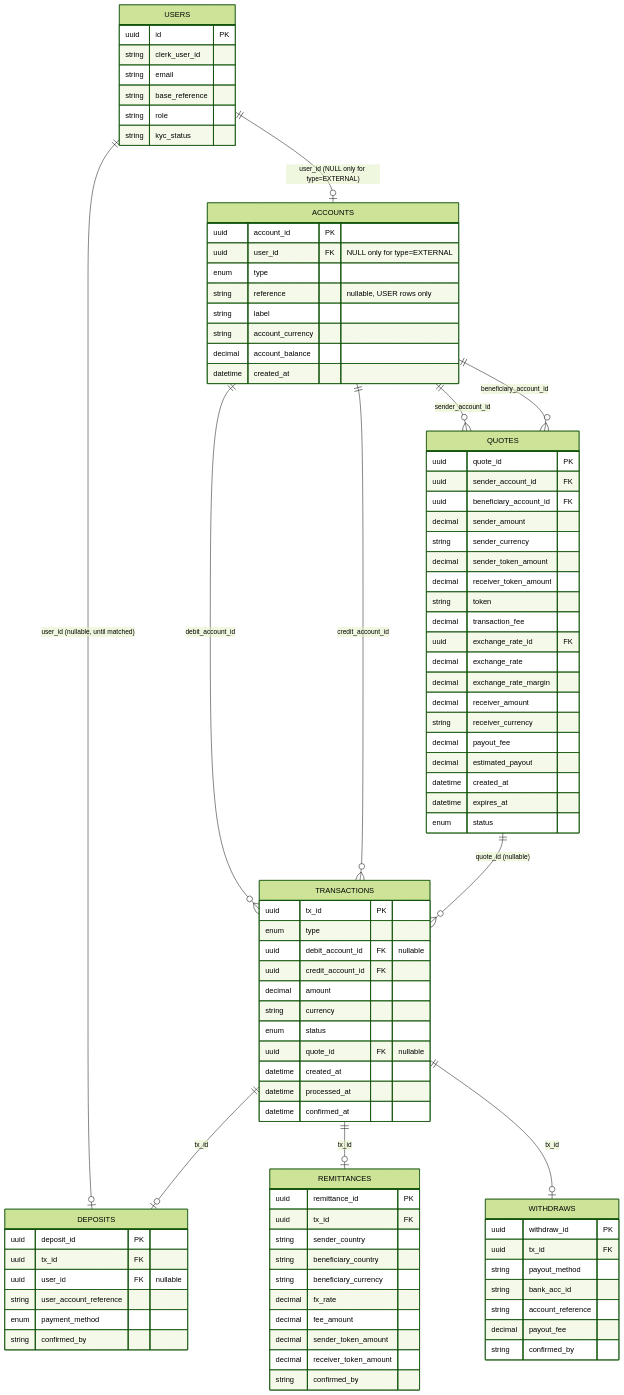
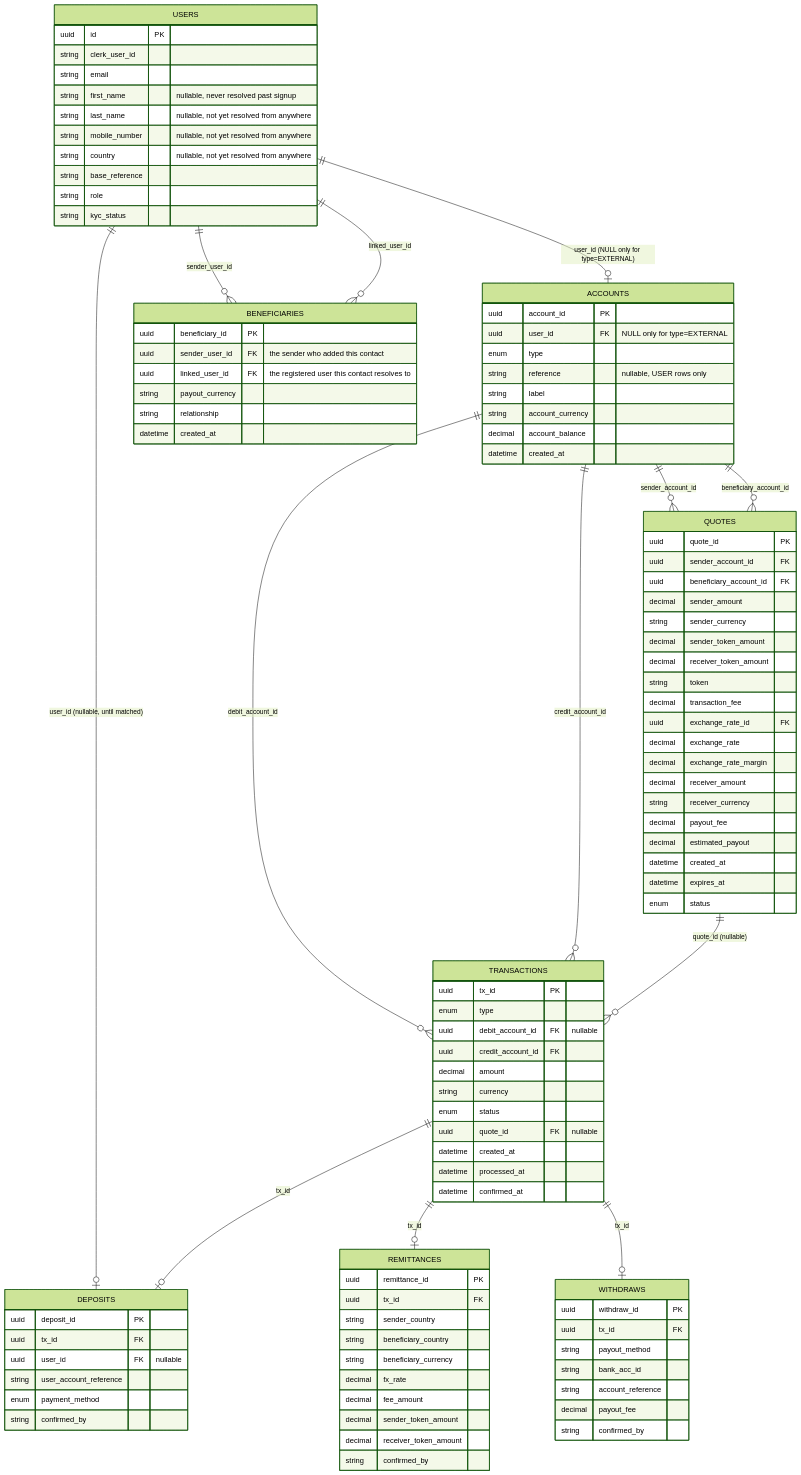
Before and after one commit to Katlego-Sekoele/RemitX: the diagram in api/Transaction_Flow_Context.md, drawn with Mermaid (forest theme). The commit also changed other lines of this file and 14 other files, not shown here.

First line of the commit message:
Add beneficiary contacts, resolved by fiat account reference

```diff
--- a/api/Transaction_Flow_Context.md
+++ b/api/Transaction_Flow_Context.md
@@ -156,6 +156,8 @@
 erDiagram
     USERS ||--o| ACCOUNTS : "user_id (NULL only for type=EXTERNAL)"
     USERS ||--o| DEPOSITS : "user_id (nullable, until matched)"
+    USERS ||--o{ BENEFICIARIES : "sender_user_id"
+    USERS ||--o{ BENEFICIARIES : "linked_user_id"
     ACCOUNTS ||--o{ TRANSACTIONS : "debit_account_id"
     ACCOUNTS ||--o{ TRANSACTIONS : "credit_account_id"
     ACCOUNTS ||--o{ QUOTES : "sender_account_id"
@@ -169,9 +171,21 @@
         uuid id PK
         string clerk_user_id
         string email
+        string first_name "nullable, never resolved past signup"
+        string last_name "nullable, not yet resolved from anywhere"
+        string mobile_number "nullable, not yet resolved from anywhere"
+        string country "nullable, not yet resolved from anywhere"
         string base_reference
         string role
         string kyc_status
+    }
+    BENEFICIARIES {
+        uuid beneficiary_id PK
+        uuid sender_user_id FK "the sender who added this contact"
+        uuid linked_user_id FK "the registered user this contact resolves to"
+        string payout_currency
+        string relationship
+        datetime created_at
     }
     ACCOUNTS {
         uuid account_id PK
```
